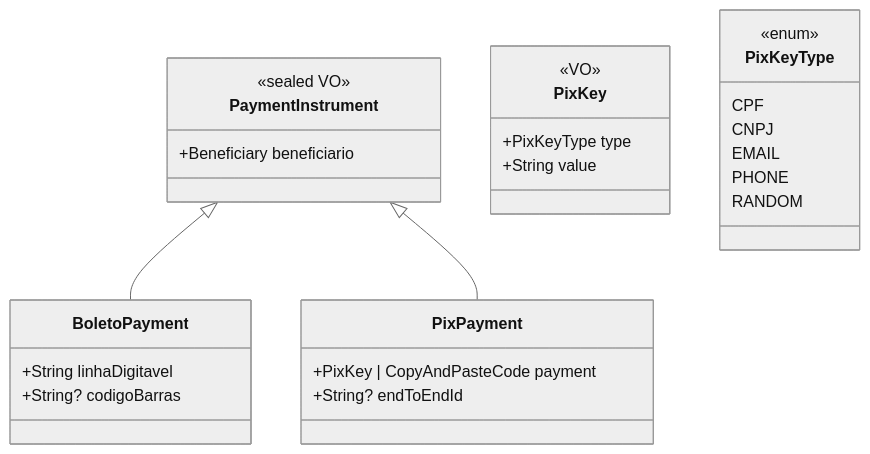
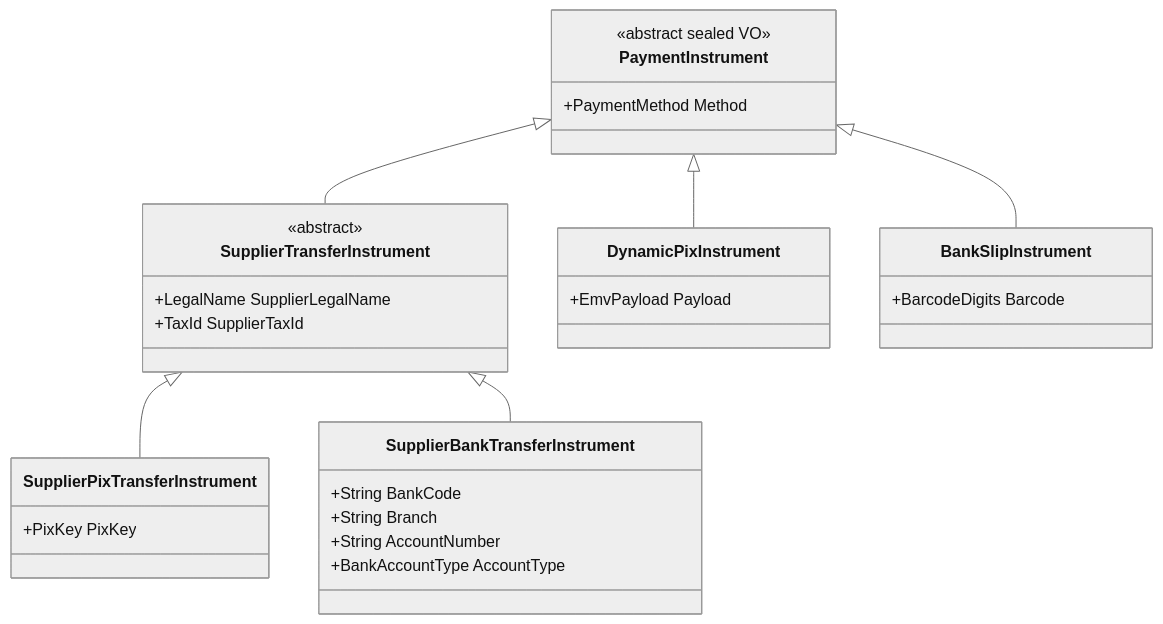
One commit to IgorCoura/rufino-project changed diagram 33 of 39 in server/Services/AccountsPayable/AccountsPayable.Architecture/Consolidado.md. Above: the diagram before and after it, drawn with Mermaid (neutral theme). The commit also changed other lines of this file and 45 other files, not shown here.

````diff
--- a/server/Services/AccountsPayable/AccountsPayable.Architecture/Consolidado.md
+++ b/server/Services/AccountsPayable/AccountsPayable.Architecture/Consolidado.md
@@ -1428,35 +1428,38 @@
 ```mermaid
 classDiagram
     class PaymentInstrument {
-        <<sealed VO>>
-        +Beneficiary beneficiario
+        <<abstract sealed VO>>
+        +PaymentMethod Method
     }
 
-    class BoletoPayment {
-        +String linhaDigitavel
-        +String? codigoBarras
+    class SupplierTransferInstrument {
+        <<abstract>>
+        +LegalName SupplierLegalName
+        +TaxId SupplierTaxId
     }
 
-    class PixPayment {
-        +PixKey | CopyAndPasteCode payment
-        +String? endToEndId
+    class SupplierPixTransferInstrument {
+        +PixKey PixKey
     }
 
-    PaymentInstrument <|-- BoletoPayment
-    PaymentInstrument <|-- PixPayment
-
-    class PixKey {
-        <<VO>>
-        +PixKeyType type
-        +String value
+    class SupplierBankTransferInstrument {
+        +String BankCode
+        +String Branch
+        +String AccountNumber
+        +BankAccountType AccountType
     }
 
-    class PixKeyType {
-        <<enum>>
-        CPF
-        CNPJ
-        EMAIL
-        PHONE
-        RANDOM
+    class DynamicPixInstrument {
+        +EmvPayload Payload
     }
+
+    class BankSlipInstrument {
+        +BarcodeDigits Barcode
+    }
+
+    PaymentInstrument <|-- SupplierTransferInstrument
+    SupplierTransferInstrument <|-- SupplierPixTransferInstrument
+    SupplierTransferInstrument <|-- SupplierBankTransferInstrument
+    PaymentInstrument <|-- DynamicPixInstrument
+    PaymentInstrument <|-- BankSlipInstrument
 ```
````
